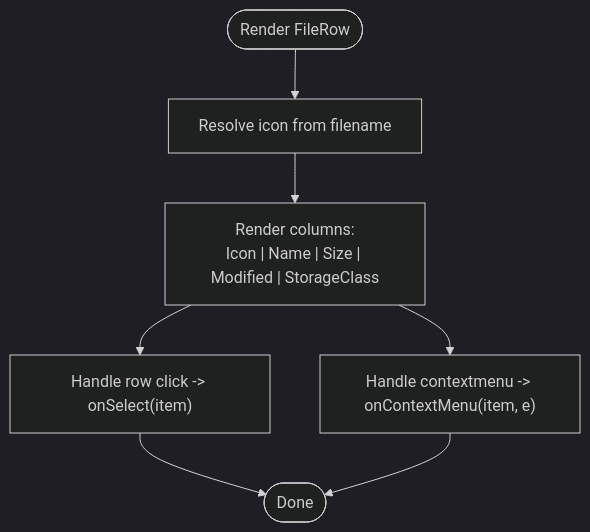
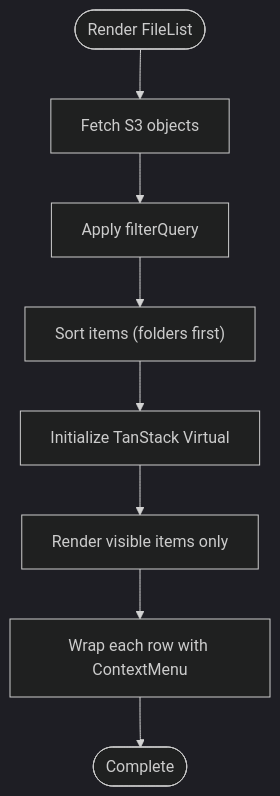
Before and after one commit to nasrulhadi/s3-explorer: the sixth of 10 diagrams in .qoder/repowiki/en/content/UI Components.md, drawn with Mermaid (dark theme). The commit also changed other lines of this file and 44 other files, not shown here.

````diff
--- a/.qoder/repowiki/en/content/UI Components.md
+++ b/.qoder/repowiki/en/content/UI Components.md
@@ -252,9 +352,10 @@
 ```mermaid
 flowchart TD
-Start(["Render FileRow"]) --> GetIcon["Resolve icon from filename"]
-GetIcon --> RenderCells["Render columns:<br/>Icon | Name | Size | Modified | StorageClass"]
-RenderCells --> Select["Handle row click -> onSelect(item)"]
-RenderCells --> Ctx["Handle contextmenu -> onContextMenu(item, e)"]
-Select --> End(["Done"])
-Ctx --> End
+Start(["Render FileList"]) --> Query["Fetch S3 objects"]
+Query --> Filter["Apply filterQuery"]
+Filter --> Sort["Sort items (folders first)"]
+Sort --> Virtualize["Initialize TanStack Virtual"]
+Virtualize --> Render["Render visible items only"]
+Render --> Context["Wrap each row with ContextMenu"]
+Context --> End(["Complete"])
 ```
````
